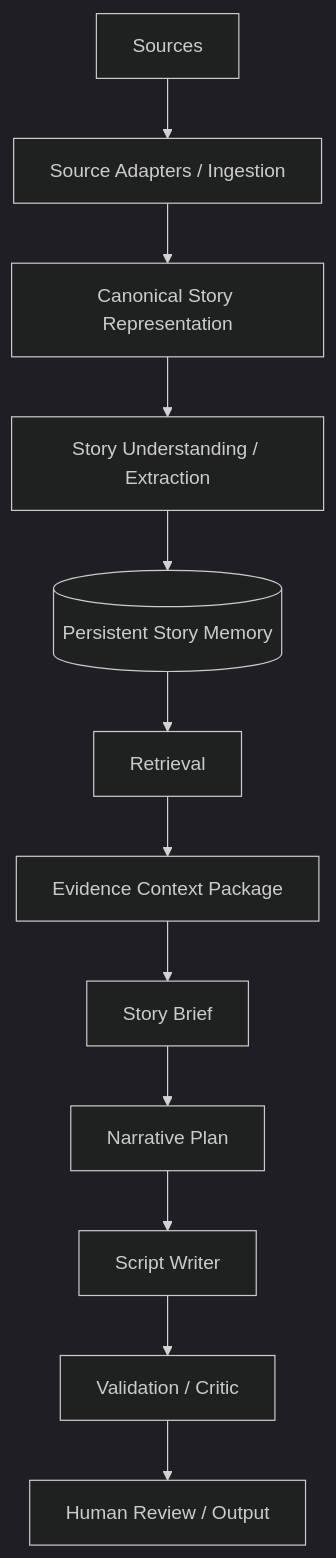
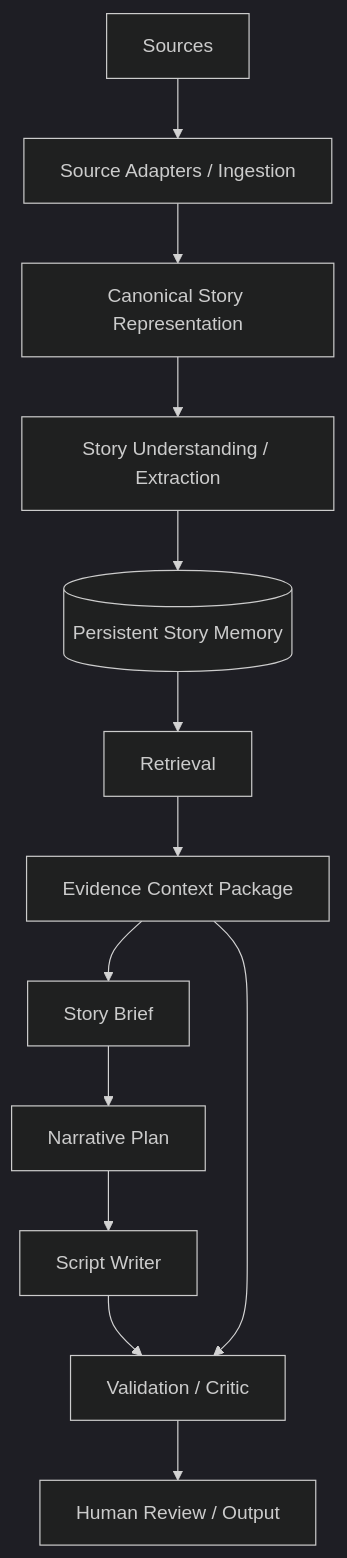
The first of 2 diagrams in docs/TARGET_ARCHITECTURE.md (AnhTaizz/AI-storytelling), drawn with Mermaid (dark theme) before and after one commit. The commit also changed other lines of this file and 12 other files, not shown here.

````diff
--- a/docs/TARGET_ARCHITECTURE.md
+++ b/docs/TARGET_ARCHITECTURE.md
@@ -11,14 +11,15 @@
 ```mermaid
 flowchart TD
     Source[Sources] --> Adapters[Source Adapters / Ingestion]
     Adapters --> Rep[Canonical Story Representation]
     Rep --> Extract[Story Understanding / Extraction]
     Extract --> Mem[(Persistent Story Memory)]
     Mem --> Ret[Retrieval]
     Ret --> ECP[Evidence Context Package]
     ECP --> Brief[Story Brief]
     Brief --> Plan[Narrative Plan]
     Plan --> Writer[Script Writer]
     Writer --> Valid[Validation / Critic]
+    ECP --> Valid
     Valid --> HR[Human Review / Output]
 ```
````
